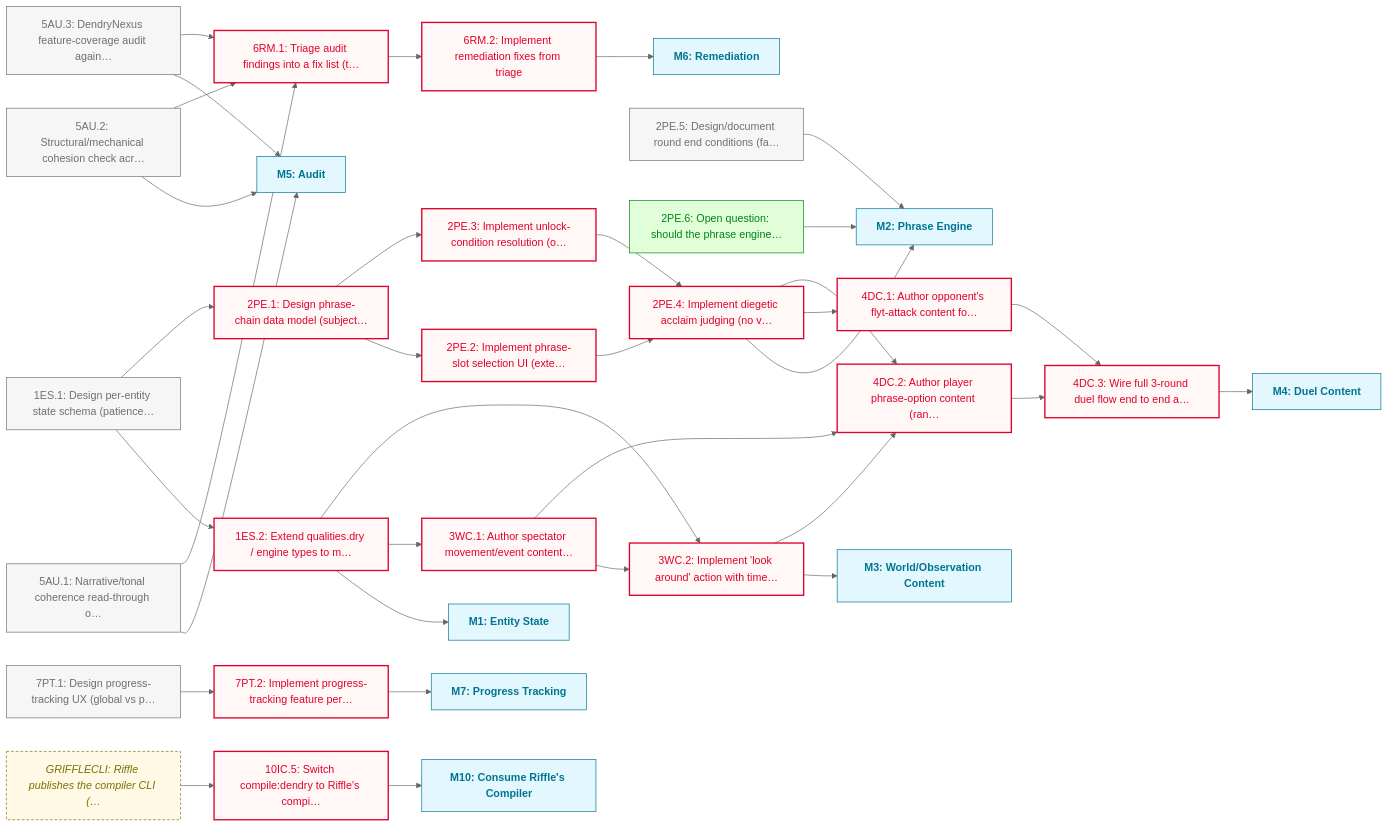
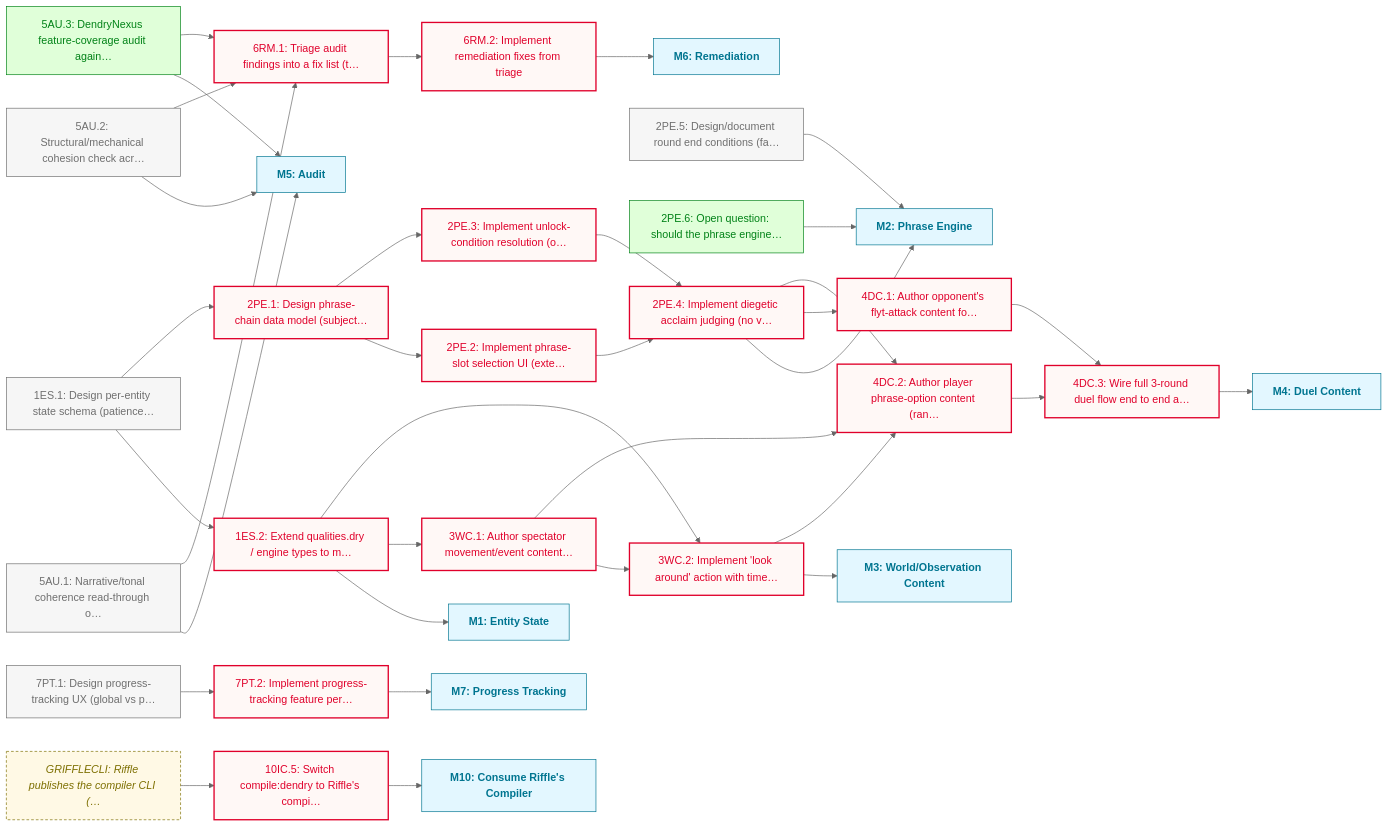
Before and after one commit to JasonWarrenUK/flyt: the diagram in docs/roadmaps/FOUNDATIONS.md, drawn with Mermaid (neutral theme). The commit also changed other lines of this file and 2 other files, not shown here.

Commit message:
chore(roadmap): mark 5AU.3 done

````diff
--- a/docs/roadmaps/FOUNDATIONS.md
+++ b/docs/roadmaps/FOUNDATIONS.md
@@ -95,78 +95,78 @@
 ```mermaid
 graph LR
 	classDef todo fill:#f6f6f6,stroke:#6f6f6f,color:#6f6f6f
 	classDef inProgress fill:#e8f2ff,stroke:#0071af,color:#0071af
 	classDef blocked fill:#fff8f6,stroke:#e0002b,color:#e0002b,stroke-width:2px
 	classDef paused fill:#fdf4ff,stroke:#b01fe3,color:#b01fe3,stroke-dasharray:4 3
 	classDef deferred fill:#fff8f3,stroke:#ac5c00,color:#ac5c00,stroke-dasharray:2 4,font-style:italic
 	classDef done fill:#e0ffd9,stroke:#008217,color:#008217
 	classDef outOfScope fill:#f6f6f6,stroke:#717171,color:#717171,stroke-dasharray:2 2
 	classDef mile fill:#e3f7ff,stroke:#007590,color:#007590,font-weight:bold
 	classDef external fill:#fff9e5,stroke:#7d6f00,color:#7d6f00,stroke-dasharray:4 3,font-style:italic
 	GRIFFLECLI["GRIFFLECLI: Riffle publishes the compiler CLI (…"]:::external
 	1ES.1["1ES.1: Design per-entity state schema (patience…"]
 	1ES.2["1ES.2: Extend qualities.dry / engine types to m…"]
 	M1["M1: Entity State"]:::mile
 	2PE.1["2PE.1: Design phrase-chain data model (subject…"]
 	2PE.2["2PE.2: Implement phrase-slot selection UI (exte…"]
 	2PE.3["2PE.3: Implement unlock-condition resolution (o…"]
 	2PE.4["2PE.4: Implement diegetic acclaim judging (no v…"]
 	2PE.5["2PE.5: Design/document round end conditions (fa…"]
 	2PE.6["2PE.6: Open question: should the phrase engine…"]
 	M2["M2: Phrase Engine"]:::mile
 	3WC.1["3WC.1: Author spectator movement/event content…"]
 	3WC.2["3WC.2: Implement 'look around' action with time…"]
 	M3["M3: World/Observation Content"]:::mile
 	4DC.1["4DC.1: Author opponent's flyt-attack content fo…"]
 	4DC.2["4DC.2: Author player phrase-option content (ran…"]
 	4DC.3["4DC.3: Wire full 3-round duel flow end to end a…"]
 	M4["M4: Duel Content"]:::mile
 	5AU.1["5AU.1: Narrative/tonal coherence read-through o…"]
 	5AU.2["5AU.2: Structural/mechanical cohesion check acr…"]
 	5AU.3["5AU.3: DendryNexus feature-coverage audit again…"]
 	M5["M5: Audit"]:::mile
 	6RM.1["6RM.1: Triage audit findings into a fix list (t…"]
 	6RM.2["6RM.2: Implement remediation fixes from triage"]
 	M6["M6: Remediation"]:::mile
 	7PT.1["7PT.1: Design progress-tracking UX (global vs p…"]
 	7PT.2["7PT.2: Implement progress-tracking feature per…"]
 	M7["M7: Progress Tracking"]:::mile
 	10IC.5["10IC.5: Switch compile:dendry to Riffle's compi…"]
 	M10["M10: Consume Riffle's Compiler"]:::mile
 	GRIFFLECLI --> 10IC.5
 	1ES.1 --> 1ES.2
 	1ES.1 --> 2PE.1
 	1ES.2 --> M1
 	1ES.2 --> 3WC.1
 	1ES.2 --> 3WC.2
 	2PE.1 --> 2PE.2
 	2PE.1 --> 2PE.3
 	2PE.2 --> 2PE.4
 	2PE.3 --> 2PE.4
 	2PE.4 --> M2
 	2PE.4 --> 4DC.1
 	2PE.4 --> 4DC.2
 	2PE.5 --> M2
 	2PE.6 --> M2
 	3WC.1 --> 3WC.2
 	3WC.1 --> 4DC.2
 	3WC.2 --> M3
 	3WC.2 --> 4DC.2
 	4DC.1 --> 4DC.3
 	4DC.2 --> 4DC.3
 	4DC.3 --> M4
 	5AU.1 --> M5
 	5AU.1 --> 6RM.1
 	5AU.2 --> M5
 	5AU.2 --> 6RM.1
 	5AU.3 --> M5
 	5AU.3 --> 6RM.1
 	6RM.1 --> 6RM.2
 	6RM.2 --> M6
 	7PT.1 --> 7PT.2
 	7PT.2 --> M7
 	10IC.5 --> M10
-	class 1ES.1,2PE.5,5AU.1,5AU.2,5AU.3,7PT.1 todo
+	class 1ES.1,2PE.5,5AU.1,5AU.2,7PT.1 todo
 	class 10IC.5,1ES.2,2PE.1,2PE.2,2PE.3,2PE.4,3WC.1,3WC.2,4DC.1,4DC.2,4DC.3,6RM.1,6RM.2,7PT.2 blocked
-	class 2PE.6 done
+	class 2PE.6,5AU.3 done
 ```
````
